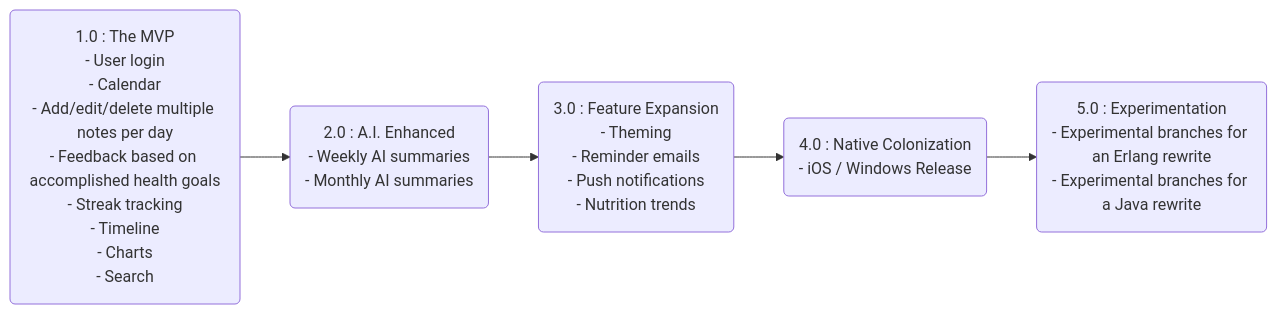
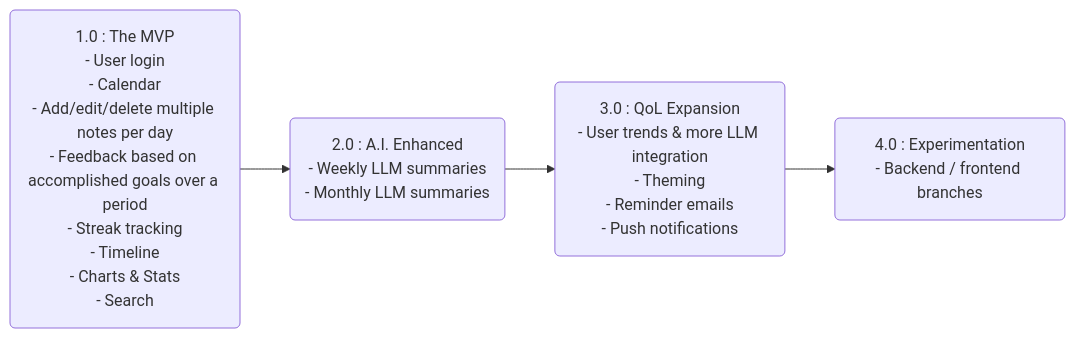
One commit to LowComDenom/wellness-calendar changed the second of 3 diagrams in README.md. Above: the diagram before and after it, drawn with Mermaid. The commit also changed other lines of this file and 1 other file, not shown here.

````diff
--- a/README.md
+++ b/README.md
@@ -21,26 +19,23 @@
 ```mermaid
 flowchart LR
 1(1.0 : The MVP
 - User login
 - Calendar
 - Add/edit/delete multiple notes per day
-- Feedback based on accomplished health goals
+- Feedback based on accomplished goals over a period
 - Streak tracking
 - Timeline
-- Charts
+- Charts & Stats
 - Search)
 2(2.0 : A.I. Enhanced
-- Weekly AI summaries
-- Monthly AI summaries)
-3(3.0 : Feature Expansion
+- Weekly LLM summaries
+- Monthly LLM summaries)
+3(3.0 : QoL Expansion
+- User trends & more LLM integration
 - Theming
 - Reminder emails
-- Push notifications
-- Nutrition trends)
-4(4.0 : Native Colonization
-- iOS / Windows Release)
-5(5.0 : Experimentation
-- Experimental branches for an Erlang rewrite
-- Experimental branches for a Java rewrite)
-1 --> 2 --> 3 --> 4 --> 5
+- Push notifications)
+4(4.0 : Experimentation
+- Backend / frontend branches)
+1 --> 2 --> 3 --> 4
 ```
````
